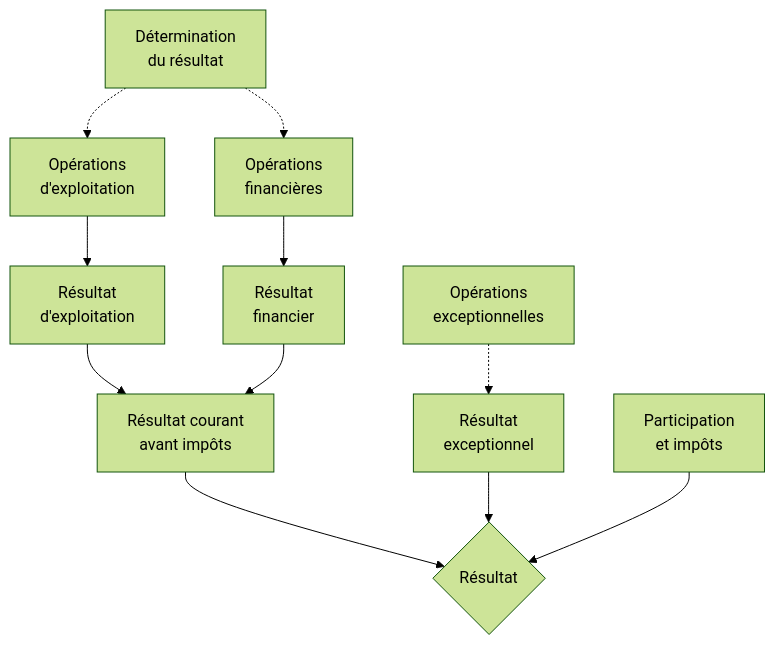
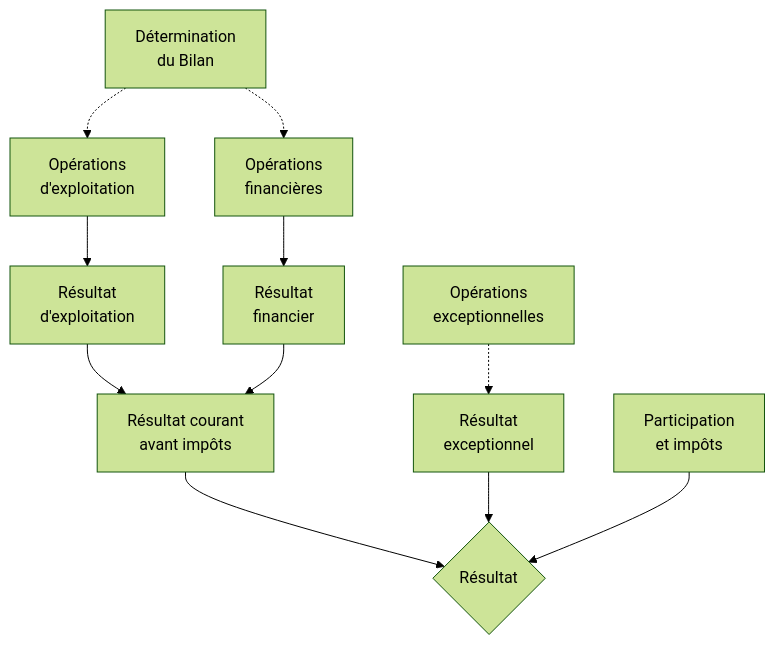
Before and after one commit to Altaks/Cours-IUT: the diagram in GPO2 - Compta/2. Le compte de résultat/2.1.3 Le compte de Résultat.md, drawn with Mermaid (forest theme). The commit also changed other lines of this file and 17 other files, not shown here.

````diff
--- a/GPO2 - Compta/2. Le compte de résultat/2.1.3 Le compte de Résultat.md
+++ b/GPO2 - Compta/2. Le compte de résultat/2.1.3 Le compte de Résultat.md
@@ -17,23 +17,23 @@
 ```mermaid
 flowchart TD
 
     RCI["Résultat courant</br>avant impôts"]-->A{Résultat}
 
     REX["Résultat </br>exceptionnel"]-->A
 
     PI["Participation</br> et impôts"]-->A
 
     OEX["Opérations</br> exceptionnelles"]-.->REX
 
     RE["Résultat</br> d'exploitation"]-->RCI
 
     RF["Résultat</br> financier"]-->RCI
 
     OE["Opérations</br> d'exploitation"]-->RE
 
     OF["Opérations</br> financières"]-->RF
 
-    DR["Détermination</br> du résultat"]-.->OE
+    DR["Détermination</br> du Bilan"]-.->OE
 
     DR-.->OF
 ```
````
